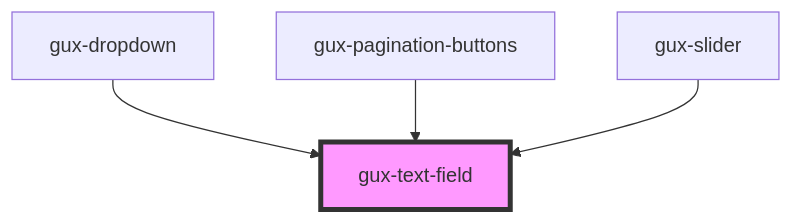
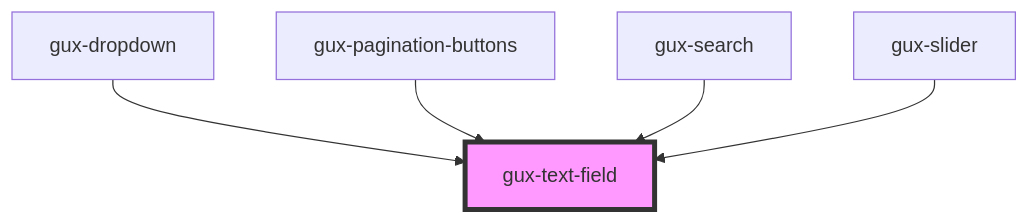
Before and after one commit to MyPureCloud/genesys-spark: the diagram in src/components/global/gux-text-field/readme.md, drawn with Mermaid. The commit also changed other lines of this file and 4 other files, not shown here.

Commit message:
fix: update gux-search for stencil 1"

````diff
--- a/src/components/global/gux-text-field/readme.md
+++ b/src/components/global/gux-text-field/readme.md
@@ -73,7 +74,8 @@
 ```mermaid
 graph TD;
   gux-dropdown --> gux-text-field
   gux-pagination-buttons --> gux-text-field
+  gux-search --> gux-text-field
   gux-slider --> gux-text-field
   style gux-text-field fill:#f9f,stroke:#333,stroke-width:4px
 ```
````
